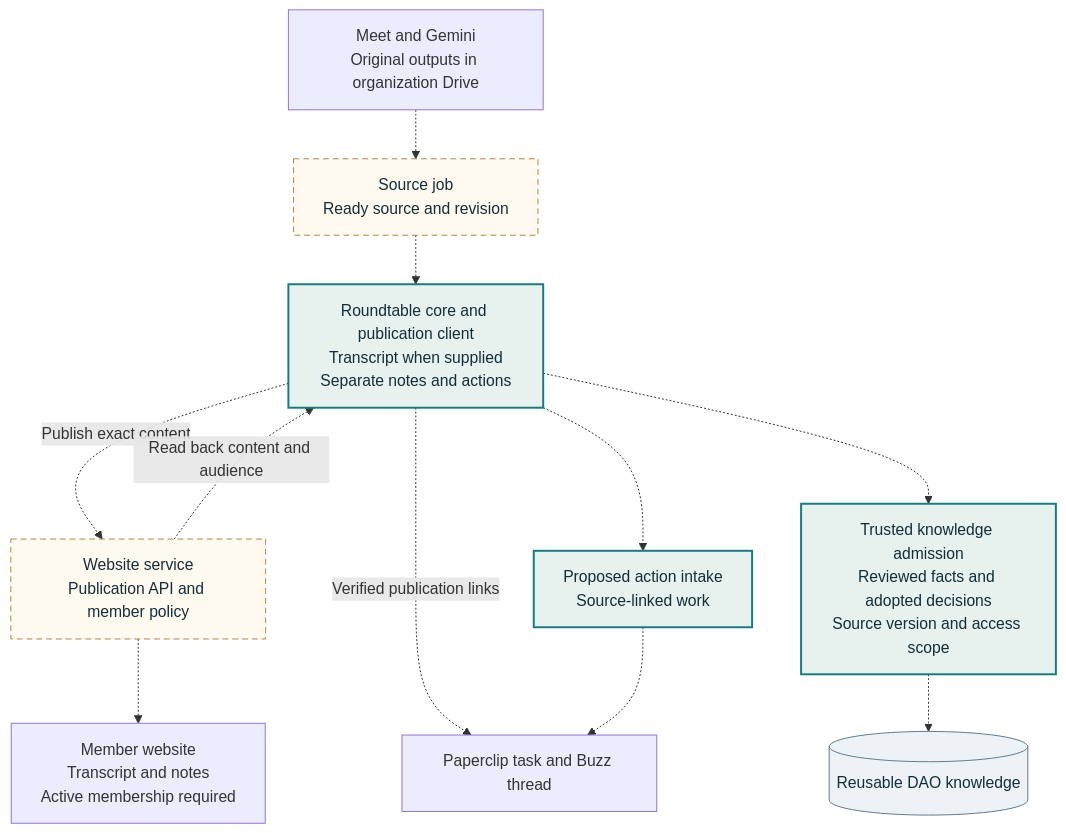
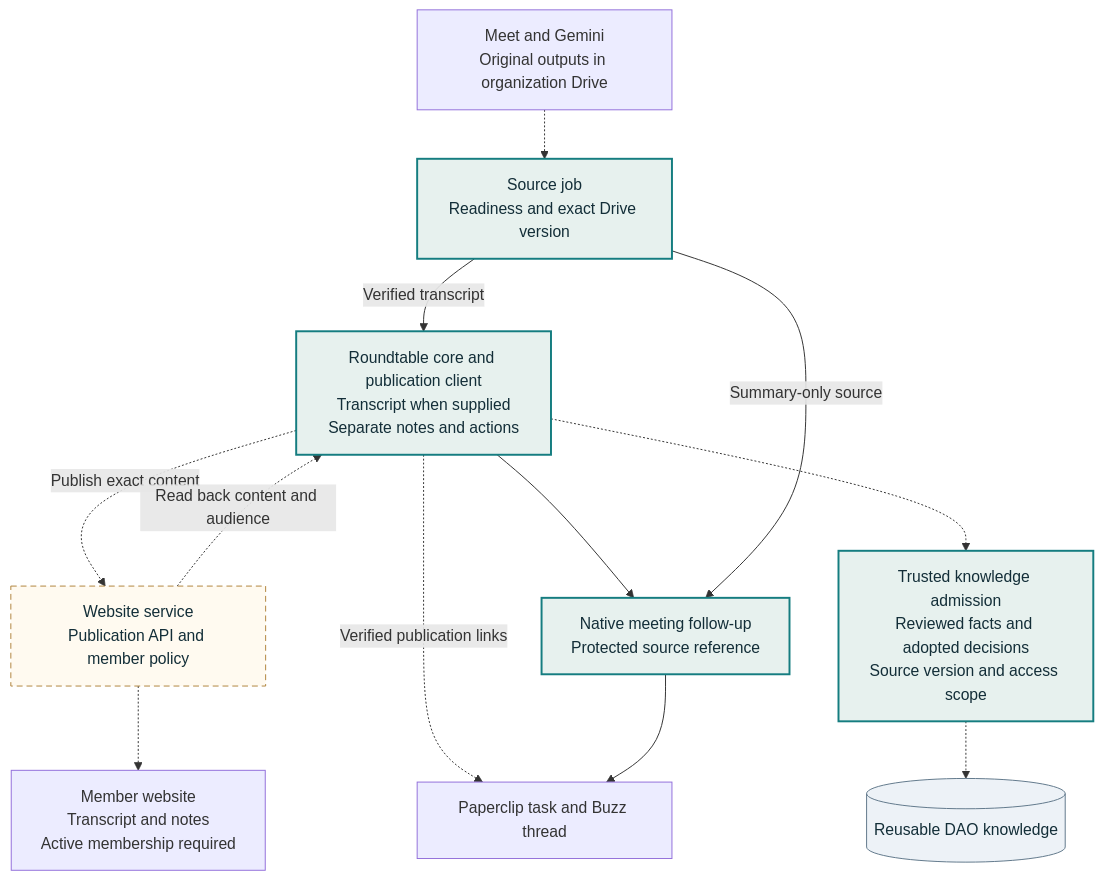
The diagram in docs/architecture/diagrams/meeting-ingestion.mmd (NetRxn/Inertia), drawn with Mermaid before and after one commit. The commit also changed 24 other files, not shown here.

```diff
--- a/docs/architecture/diagrams/meeting-ingestion.mmd
+++ b/docs/architecture/diagrams/meeting-ingestion.mmd
@@ -1,19 +1,20 @@
 flowchart TB
- D["Meet and Gemini<br/>Original outputs in organization Drive"] -.-> J["Source job<br/>Ready source and revision"]
- J -.-> R["Roundtable core and publication client<br/>Transcript when supplied<br/>Separate notes and actions"]
+ D["Meet and Gemini<br/>Original outputs in organization Drive"] -.-> J["Source job<br/>Readiness and exact Drive version"]
+ J -->|Verified transcript| R["Roundtable core and publication client<br/>Transcript when supplied<br/>Separate notes and actions"]
  R -.->|Publish exact content| W["Website service<br/>Publication API and member policy"]
  W -.->|Read back content and audience| R
  W -.-> P["Member website<br/>Transcript and notes<br/>Active membership required"]
  R -.->|Verified publication links| T["Paperclip task and Buzz thread"]
- R -.-> A["Proposed action intake<br/>Source-linked work"]
- A -.-> T
+ R --> A["Native meeting follow-up<br/>Protected source reference"]
+ J -->|Summary-only source| A
+ A --> T
  R -.-> K["Trusted knowledge admission<br/>Reviewed facts and adopted decisions<br/>Source version and access scope"]
  K -.-> DB[("Reusable DAO knowledge")]
- class R,A,K core
- class J,W planned
+ class J,R,A,K core
+ class W planned
  class DB store
 
  classDef core fill:#e7f1ee,stroke:#157d80,color:#132e38,stroke-width:2px
  classDef planned fill:#fffaf0,stroke:#b1853e,color:#132e38,stroke-dasharray:6 4
  classDef reviewed fill:#f5f0ff,stroke:#8064a2,color:#132e38
  classDef store fill:#edf2f7,stroke:#61788b,color:#132e38
```
